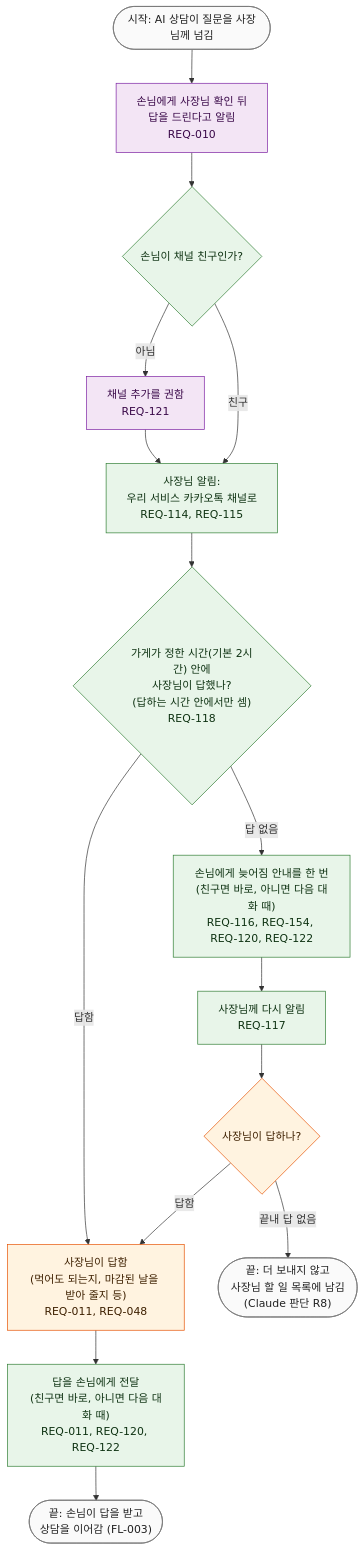
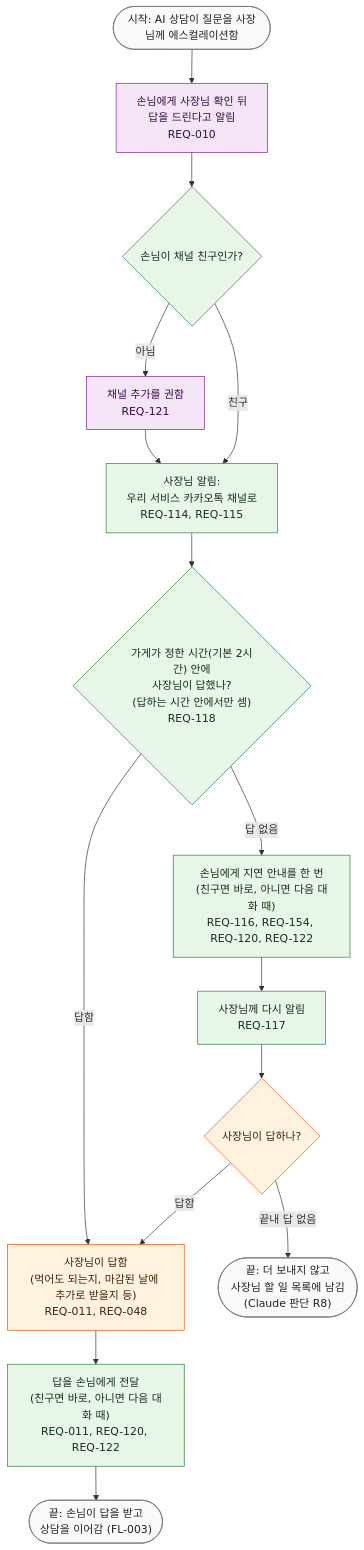
Before and after one commit to kodonghui/siljang.ai: the diagram in docs/03-user-flow/FL-005-handed-off-question.md, drawn with Mermaid. The commit also changed other lines of this file and 55 other files, not shown here.

````diff
--- a/docs/03-user-flow/FL-005-handed-off-question.md
+++ b/docs/03-user-flow/FL-005-handed-off-question.md
@@ -20,35 +20,35 @@
 ```mermaid
 flowchart TD
-  S(["시작: AI 상담이 질문을 사장님께 넘김"])
+  S(["시작: AI 상담이 질문을 사장님께 에스컬레이션함"])
   H1["손님에게 사장님 확인 뒤<br/>답을 드린다고 알림<br/>REQ-010"]
   D1{"손님이 채널 친구인가?"}
   H2["채널 추가를 권함<br/>REQ-121"]
   H3["사장님 알림:<br/>우리 서비스 카카오톡 채널로<br/>REQ-114, REQ-115"]
   D2{"가게가 정한 시간(기본 2시간) 안에<br/>사장님이 답했나?<br/>(답하는 시간 안에서만 셈)<br/>REQ-118"}
-  H4["손님에게 늦어짐 안내를 한 번<br/>(친구면 바로, 아니면 다음 대화 때)<br/>REQ-116, REQ-154, REQ-120, REQ-122"]
+  H4["손님에게 지연 안내를 한 번<br/>(친구면 바로, 아니면 다음 대화 때)<br/>REQ-116, REQ-154, REQ-120, REQ-122"]
   H5["사장님께 다시 알림<br/>REQ-117"]
   D3{"사장님이 답하나?"}
   E0(["끝: 더 보내지 않고<br/>사장님 할 일 목록에 남김<br/>(Claude 판단 R8)"])
-  H6["사장님이 답함<br/>(먹어도 되는지, 마감된 날을 받아 줄지 등)<br/>REQ-011, REQ-048"]
+  H6["사장님이 답함<br/>(먹어도 되는지, 마감된 날에 추가로 받을지 등)<br/>REQ-011, REQ-048"]
   H7["답을 손님에게 전달<br/>(친구면 바로, 아니면 다음 대화 때)<br/>REQ-011, REQ-120, REQ-122"]
   E1(["끝: 손님이 답을 받고<br/>상담을 이어감 (FL-003)"])
 
   S --> H1 --> D1
   D1 -->|"아님"| H2 --> H3
   D1 -->|"친구"| H3
   H3 --> D2
   D2 -->|"답함"| H6
   D2 -->|"답 없음"| H4 --> H5 --> D3
   D3 -->|"답함"| H6
   D3 -->|"끝내 답 없음"| E0
   H6 --> H7 --> E1
 
   classDef owner fill:#fff3e0,stroke:#e65100,color:#3e2000
   classDef ai fill:#f3e5f5,stroke:#7b1fa2,color:#3b0a4a
   classDef svc fill:#e8f5e9,stroke:#2e7d32,color:#0f3313
   classDef term fill:#fafafa,stroke:#757575,color:#212121
   class D3,H6 owner
   class H1,H2 ai
   class D1,H3,D2,H4,H5,H7 svc
   class S,E0,E1 term
 ```
````
